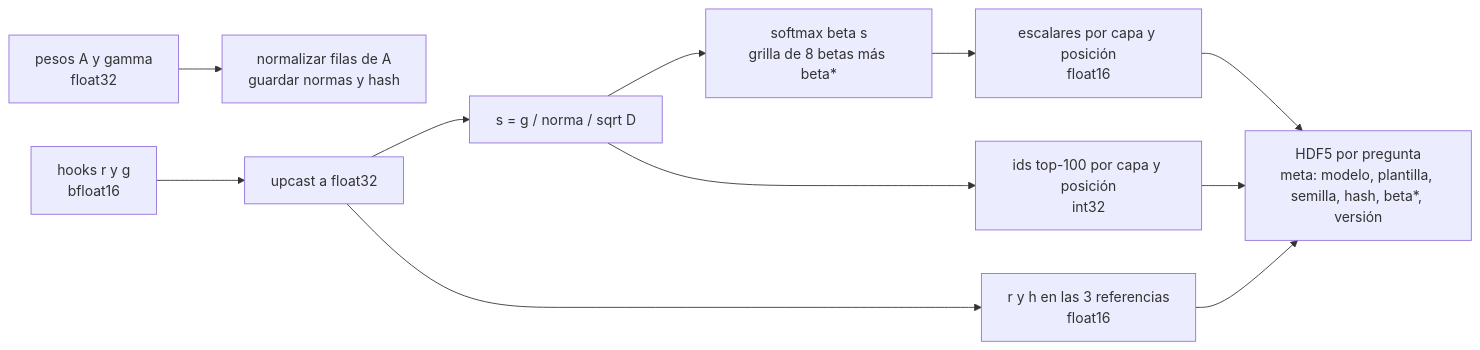
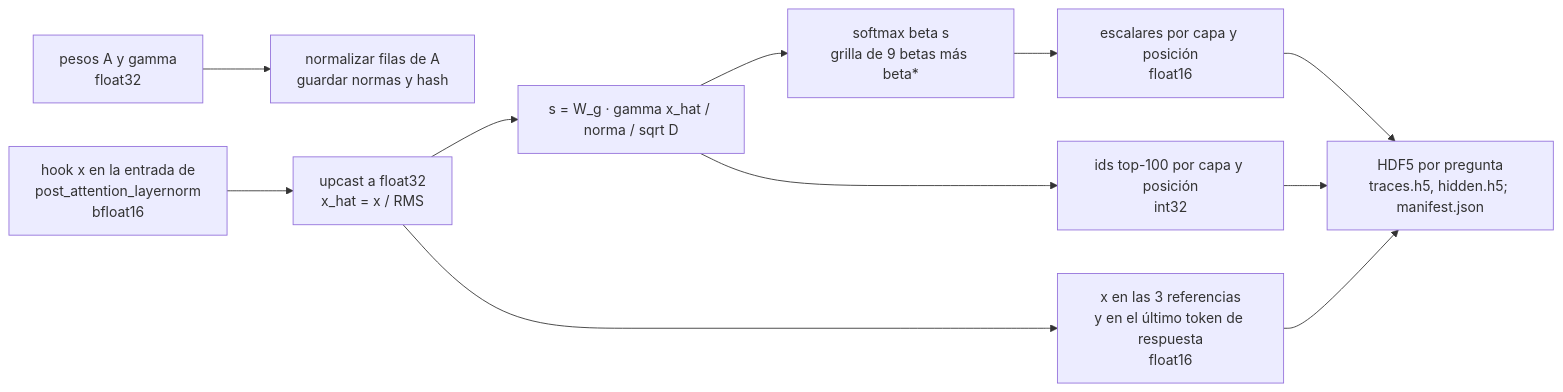
One commit to brandonminta/energy_llm changed the third of 3 diagrams in docs/overview.md. Above: the diagram before and after it, drawn with Mermaid. The commit also changed other lines of this file and 4 other files, not shown here.

````diff
--- a/docs/overview.md
+++ b/docs/overview.md
@@ -143,11 +145,11 @@
 ```mermaid
 flowchart LR
     W[pesos A y gamma<br/>float32] --> N1[normalizar filas de A<br/>guardar normas y hash]
-    H[hooks r y g<br/>bfloat16] --> C1[upcast a float32]
-    C1 --> S[s = g / norma / sqrt D]
-    S --> P[softmax beta s<br/>grilla de 8 betas más beta*]
+    H[hook x en la entrada de<br/>post_attention_layernorm<br/>bfloat16] --> C1[upcast a float32<br/>x_hat = x / RMS]
+    C1 --> S[s = W_g · gamma x_hat / norma / sqrt D]
+    S --> P[softmax beta s<br/>grilla de 9 betas más beta*]
     P --> M1[escalares por capa y posición<br/>float16]
     S --> R[ids top-100 por capa y posición<br/>int32]
-    C1 --> V[r y h en las 3 referencias<br/>float16]
-    M1 & R & V --> F[HDF5 por pregunta<br/>meta: modelo, plantilla, semilla, hash, beta*, versión]
+    C1 --> V[x en las 3 referencias<br/>y en el último token de respuesta<br/>float16]
+    M1 & R & V --> F[HDF5 por pregunta<br/>traces.h5, hidden.h5; manifest.json]
 ```
````
